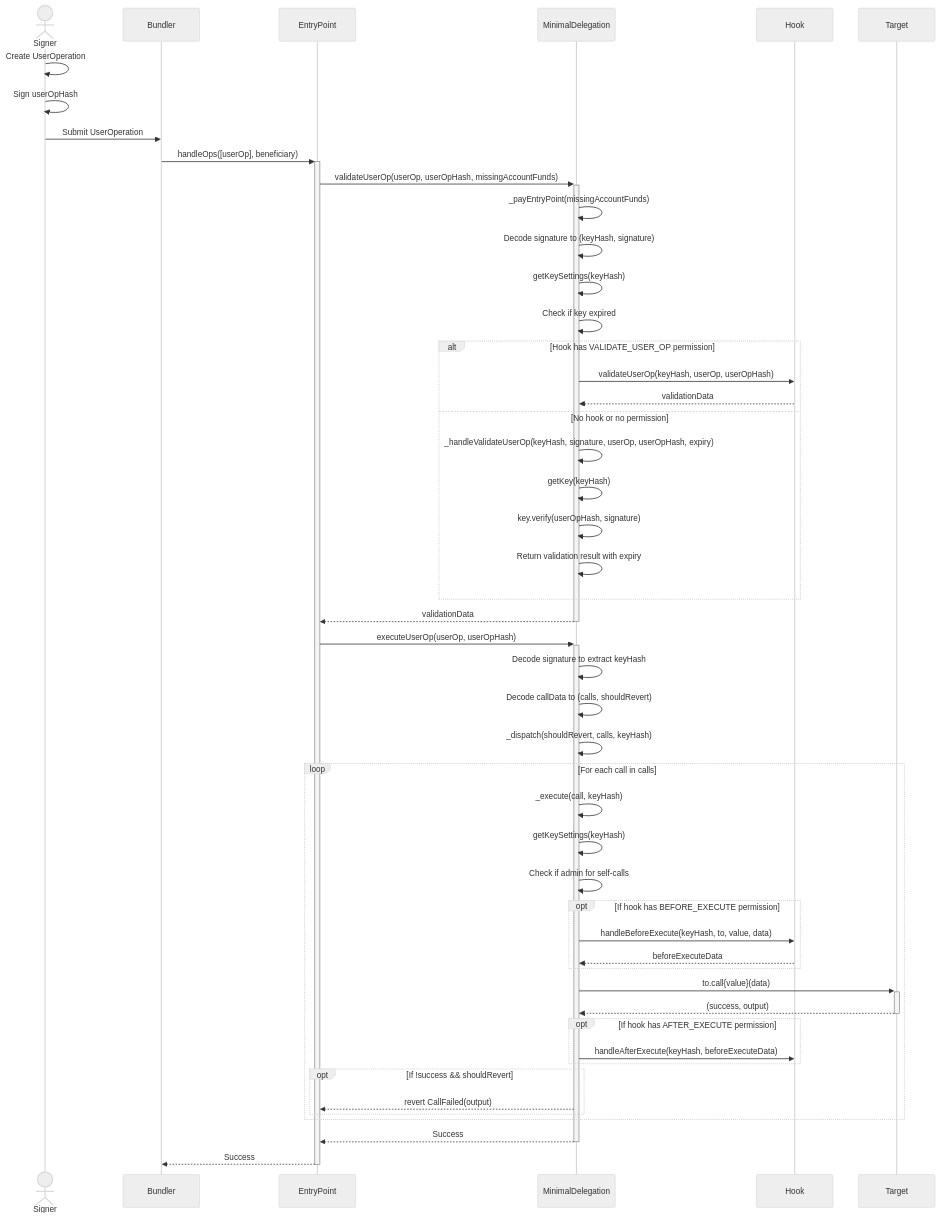
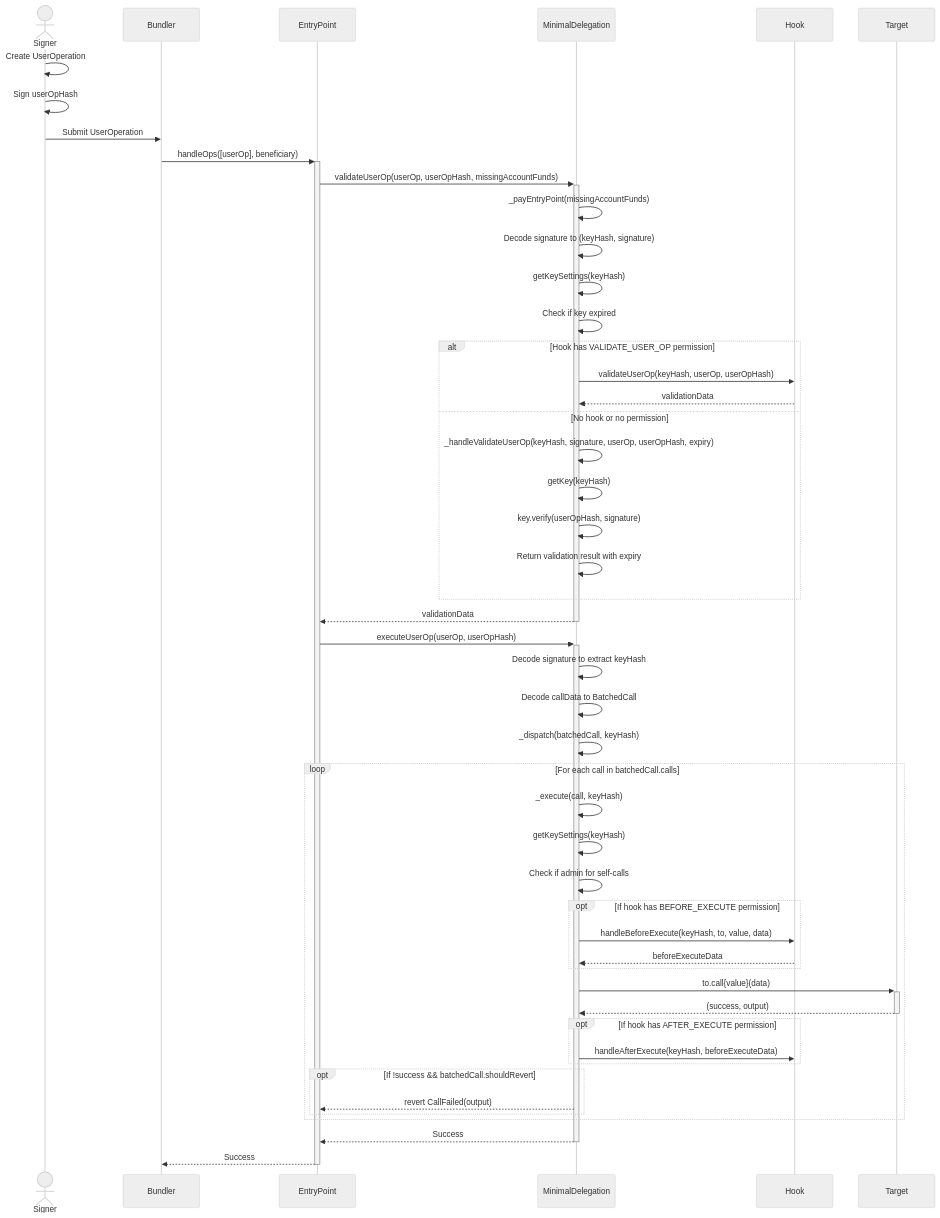
The fifth of 6 diagrams in README.md (Uniswap/minimal-delegation), drawn with Mermaid (neutral theme) before and after one commit. The commit also changed other lines of this file and 3 other files, not shown here.

````diff
--- a/README.md
+++ b/README.md
@@ -172,63 +173,63 @@
 ```mermaid
 sequenceDiagram
     actor Signer
     participant Bundler
     participant EntryPoint
     participant Account as MinimalDelegation
     participant Hook
     participant Target
     
     Signer->>Signer: Create UserOperation
     Signer->>Signer: Sign userOpHash
     Signer->>Bundler: Submit UserOperation
     
     Bundler->>+EntryPoint: handleOps([userOp], beneficiary)
     EntryPoint->>+Account: validateUserOp(userOp, userOpHash, missingAccountFunds)
     
     Account->>Account: _payEntryPoint(missingAccountFunds)
     Account->>Account: Decode signature to (keyHash, signature)
     Account->>Account: getKeySettings(keyHash)
     Account->>Account: Check if key expired
     
     alt Hook has VALIDATE_USER_OP permission
         Account->>Hook: validateUserOp(keyHash, userOp, userOpHash)
         Hook-->>Account: validationData
     else No hook or no permission
         Account->>Account: _handleValidateUserOp(keyHash, signature, userOp, userOpHash, expiry)
         Account->>Account: getKey(keyHash)
         Account->>Account: key.verify(userOpHash, signature)
         Account->>Account: Return validation result with expiry
     end
     
     Account-->>-EntryPoint: validationData
     
     EntryPoint->>+Account: executeUserOp(userOp, userOpHash)
     Account->>Account: Decode signature to extract keyHash
-    Account->>Account: Decode callData to (calls, shouldRevert)
-    Account->>Account: _dispatch(shouldRevert, calls, keyHash)
+    Account->>Account: Decode callData to BatchedCall
+    Account->>Account: _dispatch(batchedCall, keyHash)
     
-    loop For each call in calls
+    loop For each call in batchedCall.calls
         Account->>Account: _execute(call, keyHash)
         Account->>Account: getKeySettings(keyHash)
         Account->>Account: Check if admin for self-calls
         
         opt If hook has BEFORE_EXECUTE permission
             Account->>Hook: handleBeforeExecute(keyHash, to, value, data)
             Hook-->>Account: beforeExecuteData
         end
         
         Account->>+Target: to.call{value}(data)
         Target-->>-Account: (success, output)
         
         opt If hook has AFTER_EXECUTE permission
             Account->>Hook: handleAfterExecute(keyHash, beforeExecuteData)
         end
         
-        opt If !success && shouldRevert
+        opt If !success && batchedCall.shouldRevert
             Account-->>EntryPoint: revert CallFailed(output)
         end
     end
     
     Account-->>-EntryPoint: Success
     EntryPoint-->>-Bundler: Success
 ```
````
